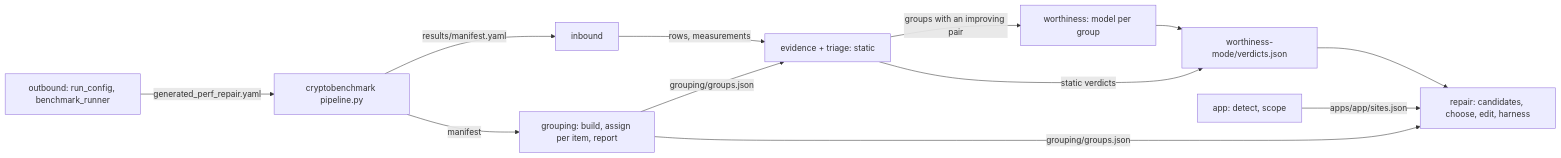
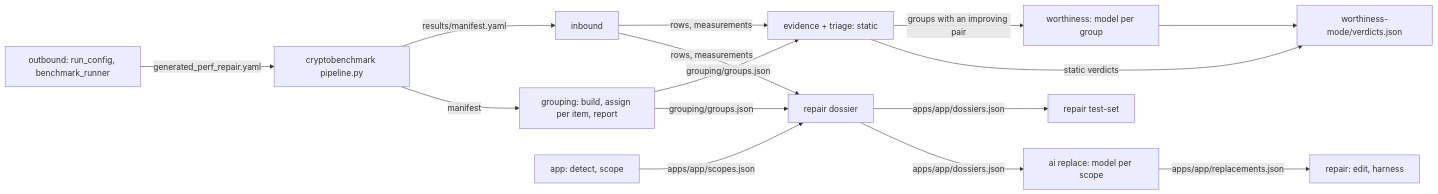
The diagram in perf-repair/docs/pipeline.md (JuneKim0007/cryptobenchmark), drawn with Mermaid before and after one commit. The commit also changed other lines of this file and 35 other files, not shown here.

First line of the commit message:
perf-repair: app paths in run_dir, test-set on dossiers, old repair path and legacy formats removed

````diff
--- a/perf-repair/docs/pipeline.md
+++ b/perf-repair/docs/pipeline.md
@@ -5,14 +5,17 @@
 ```mermaid
 flowchart LR
     O[outbound: run_config, benchmark_runner] -- generated_perf_repair.yaml --> B[cryptobenchmark pipeline.py]
     B -- results/manifest.yaml --> I[inbound]
     B -- manifest --> G[grouping: build, assign per item, report]
     I -- rows, measurements --> E[evidence + triage: static]
     G -- grouping/groups.json --> E
     E -- groups with an improving pair --> W[worthiness: model per group]
     E -- static verdicts --> V[worthiness-mode/verdicts.json]
     W --> V
-    A[app: detect, scope] -- apps/app/sites.json --> R[repair: candidates, choose, edit, harness]
-    G -- grouping/groups.json --> R
-    V --> R
+    A[app: detect, scope] -- apps/app/scopes.json --> D[repair dossier]
+    G -- grouping/groups.json --> D
+    I -- rows, measurements --> D
+    D -- apps/app/dossiers.json --> T[repair test-set]
+    D -- apps/app/dossiers.json --> P[ai replace: model per scope]
+    P -- apps/app/replacements.json --> R[repair: edit, harness]
 ```
````
